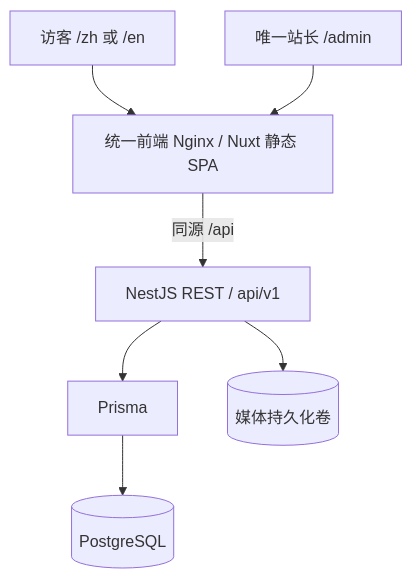
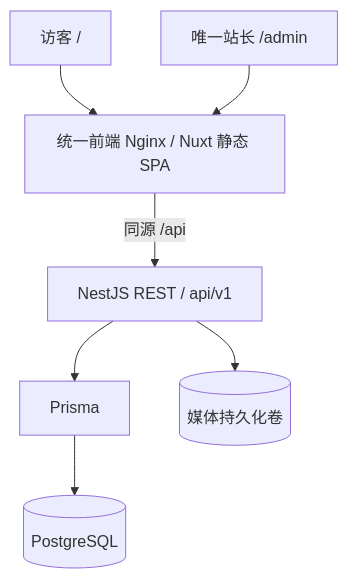
The diagram in docs/architecture.md (ahricool/cool), drawn with Mermaid before and after one commit. The commit also changed other lines of this file and 71 other files, not shown here.

````diff
--- a/docs/architecture.md
+++ b/docs/architecture.md
@@ -3,9 +3,9 @@
 ```mermaid
 flowchart TB
-  Visitor[访客 /zh 或 /en] --> Frontend[统一前端 Nginx / Nuxt 静态 SPA]
+  Visitor[访客 /] --> Frontend[统一前端 Nginx / Nuxt 静态 SPA]
   Owner[唯一站长 /admin] --> Frontend
   Frontend -->|同源 /api| API[NestJS REST / api/v1]
   API --> Prisma[Prisma]
   Prisma --> DB[(PostgreSQL)]
   API --> Media[(媒体持久化卷)]
 ```
````
